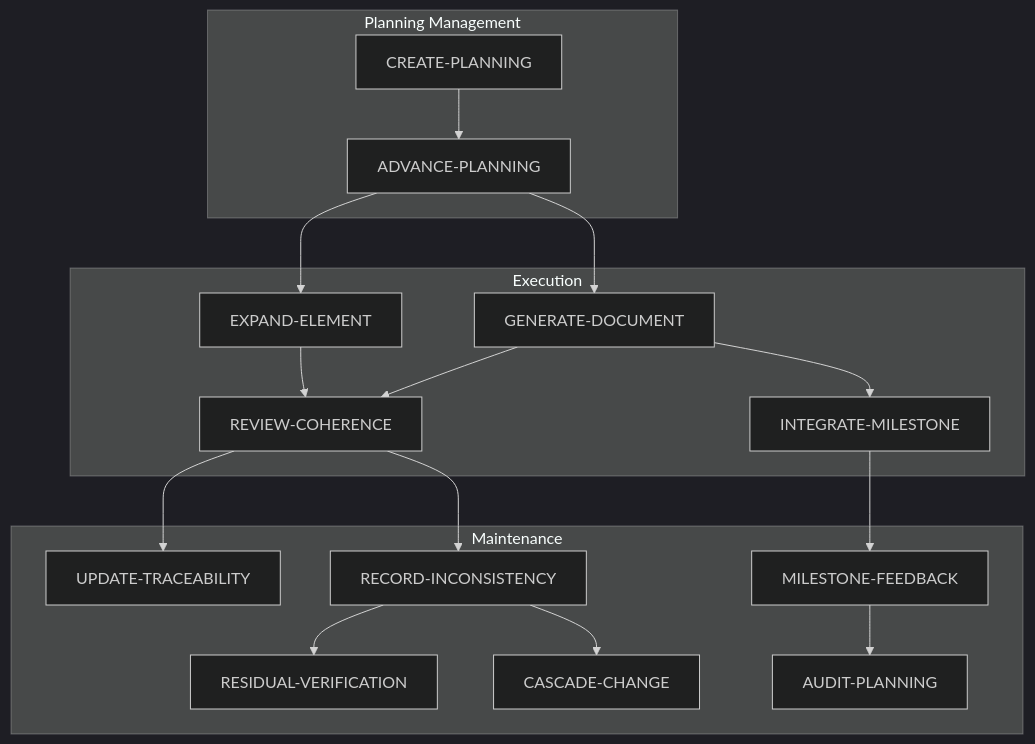
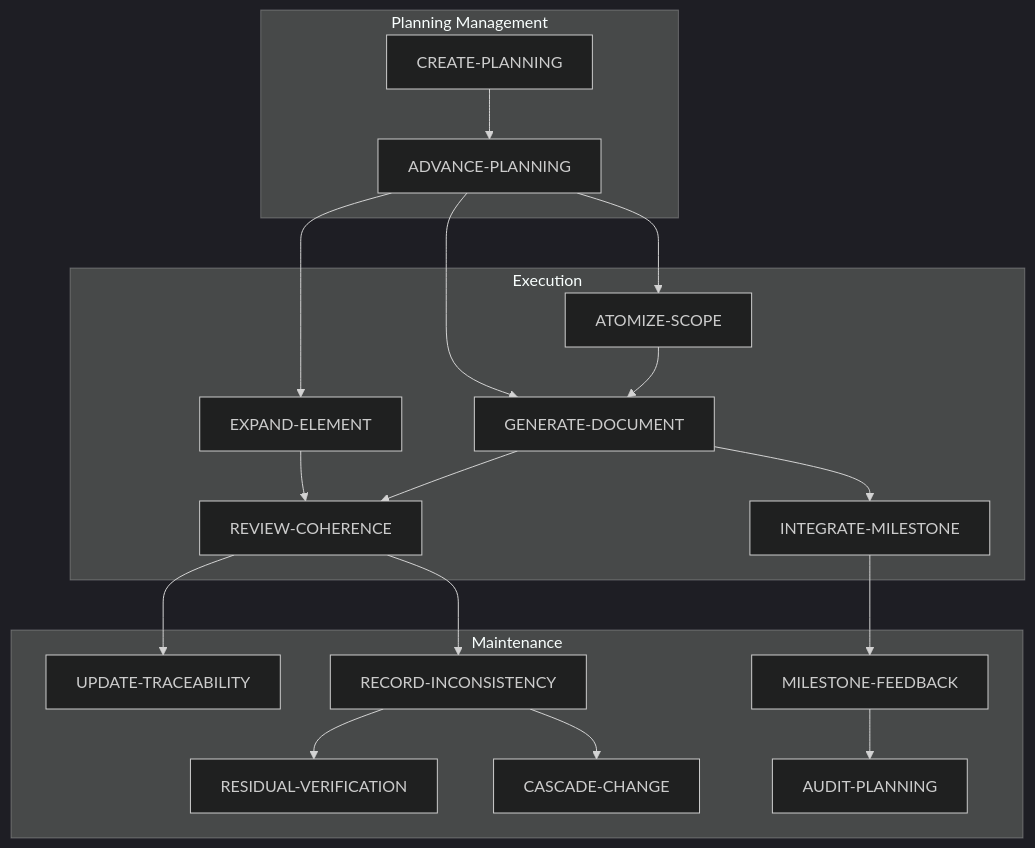
One commit to cmartinezs/claude-planning-with-ai changed the diagram in planning-template/WORKFLOWS/README.md. Above: the diagram before and after it, drawn with Mermaid (dark theme). The commit also changed other lines of this file and 27 other files, not shown here.

````diff
--- a/planning-template/WORKFLOWS/README.md
+++ b/planning-template/WORKFLOWS/README.md
@@ -44,36 +45,39 @@
 ```mermaid
 flowchart TD
     subgraph Planning Management
         CP[CREATE-PLANNING]
         AP[ADVANCE-PLANNING]
     end
 
     subgraph Execution
+        AS[ATOMIZE-SCOPE]
         GD[GENERATE-DOCUMENT]
         RC[REVIEW-COHERENCE]
         EE[EXPAND-ELEMENT]
         IM[INTEGRATE-MILESTONE]
     end
 
     subgraph Maintenance
         UT[UPDATE-TRACEABILITY]
         RV[RESIDUAL-VERIFICATION]
         RI[RECORD-INCONSISTENCY]
         CC[CASCADE-CHANGE]
         MF[MILESTONE-FEEDBACK]
         AuP[AUDIT-PLANNING]
     end
 
     CP --> AP
+    AP --> AS
+    AS --> GD
     AP --> GD
     AP --> EE
     GD --> RC
     EE --> RC
     RC --> UT
     GD --> IM
     IM --> MF
     MF --> AuP
     RC --> RI
     RI --> RV
     RI --> CC
 ```
````
